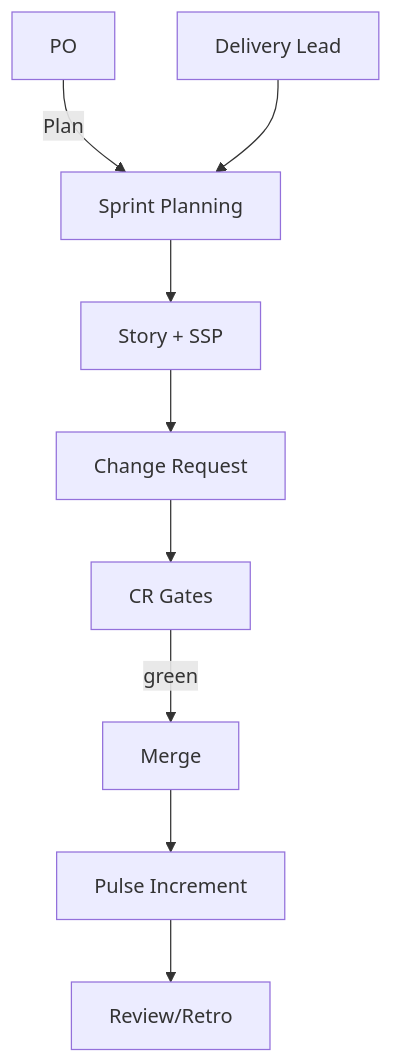
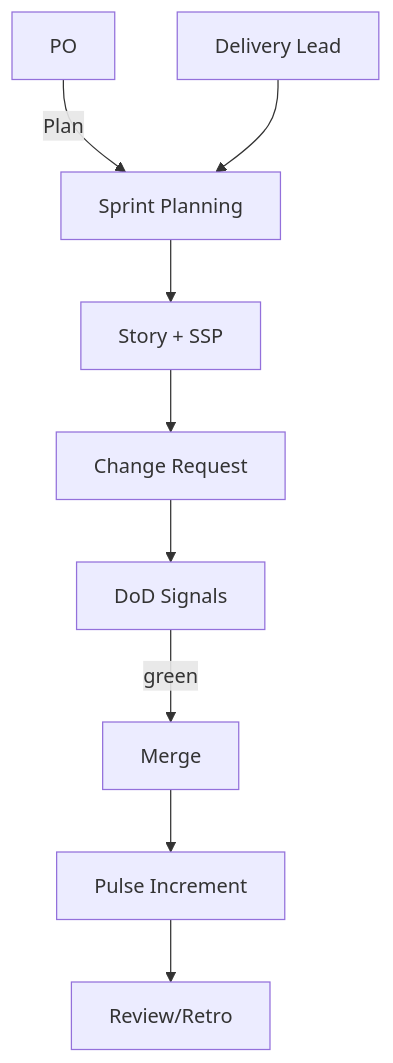
One commit to airnub/agentic-delivery-framework-internal changed the diagram in README.md. Above: the diagram before and after it, drawn with Mermaid. The commit also changed other lines of this file and 45 other files, not shown here.

Commit message:
docs: rename gates→DoD Signals; add conformance rails ADF-S / ADF-SA

````diff
--- a/README.md
+++ b/README.md
@@ -47,11 +59,11 @@
 ```mermaid
 graph TD
   PO[PO] -->|Plan| SP[Sprint Planning]
   DL[Delivery Lead] --> SP
   SP --> ST[Story + SSP]
   ST --> CR[Change Request]
-  CR --> GATES[CR Gates]
+  CR --> GATES[DoD Signals]
   GATES -->|green| MERGE[Merge]
   MERGE --> PULSE[Pulse Increment]
   PULSE --> REVIEW[Review/Retro]
 ```
````
